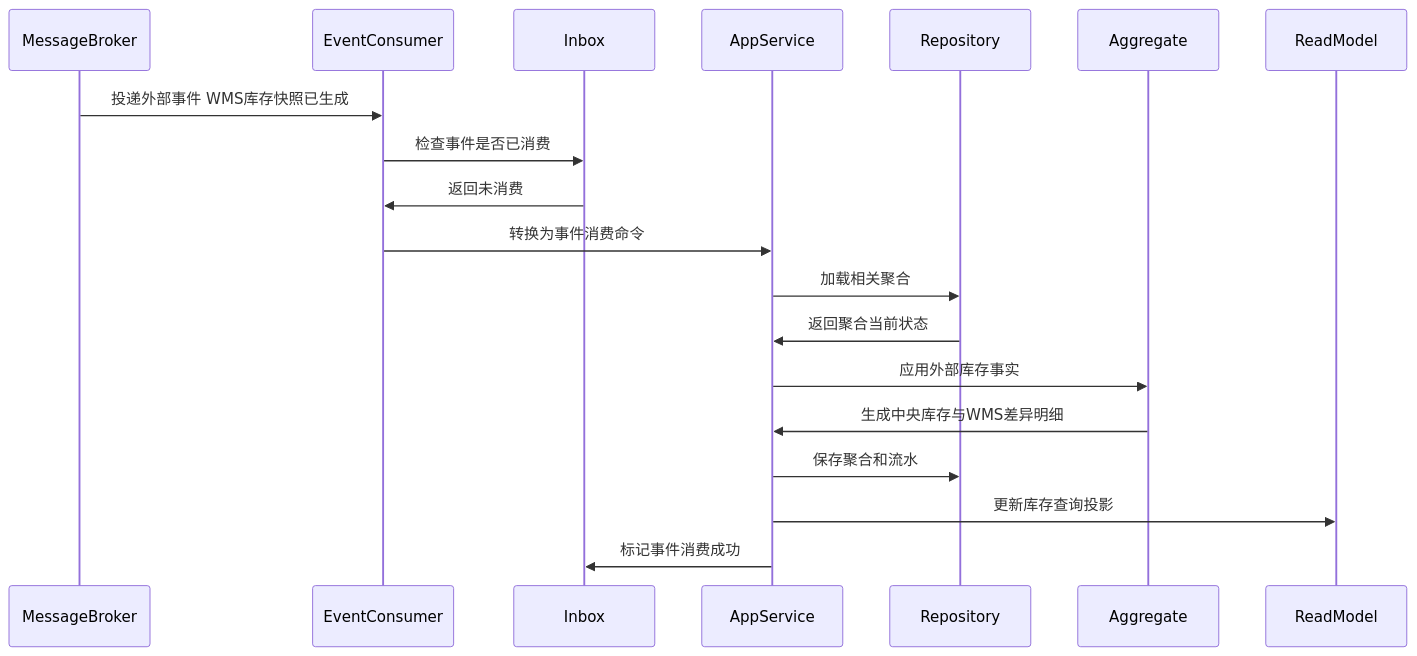
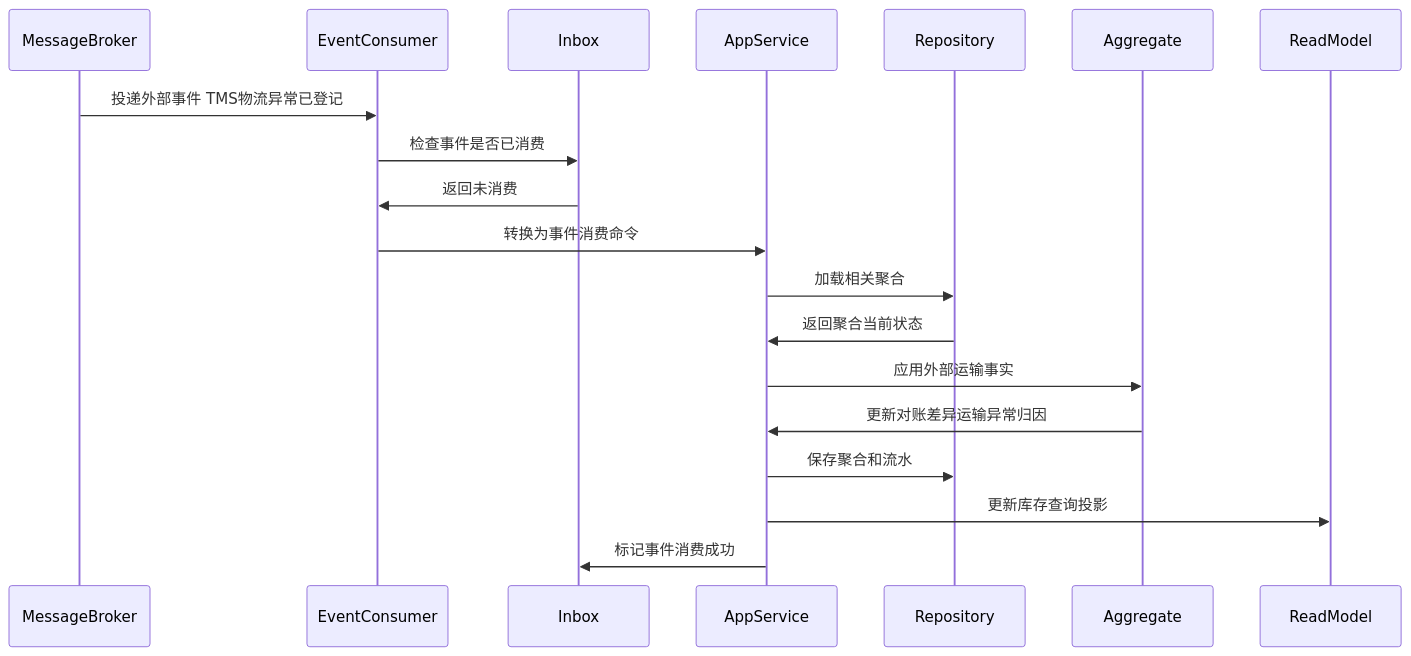
The fifth of 6 diagrams in docs/03-核心业务模型/04-中央库存领域模型/07-库存对账单聚合CQRS设计.md (chao1927/scm), drawn with Mermaid before and after one commit. The commit also changed other lines of this file and 118 other files, not shown here.

````diff
--- a/docs/03-核心业务模型/04-中央库存领域模型/07-库存对账单聚合CQRS设计.md
+++ b/docs/03-核心业务模型/04-中央库存领域模型/07-库存对账单聚合CQRS设计.md
@@ -233,22 +234,22 @@
 ```mermaid
 sequenceDiagram
     participant MessageBroker
     participant EventConsumer
     participant Inbox
     participant AppService
     participant Repository
     participant Aggregate
     participant ReadModel
 
-    MessageBroker->>EventConsumer: 投递外部事件 WMS库存快照已生成
+    MessageBroker->>EventConsumer: 投递外部事件 TMS物流异常已登记
     EventConsumer->>Inbox: 检查事件是否已消费
     Inbox->>EventConsumer: 返回未消费
     EventConsumer->>AppService: 转换为事件消费命令
     AppService->>Repository: 加载相关聚合
     Repository->>AppService: 返回聚合当前状态
-    AppService->>Aggregate: 应用外部库存事实
-    Aggregate->>AppService: 生成中央库存与WMS差异明细
+    AppService->>Aggregate: 应用外部运输事实
+    Aggregate->>AppService: 更新对账差异运输异常归因
     AppService->>Repository: 保存聚合和流水
     AppService->>ReadModel: 更新库存查询投影
     AppService->>Inbox: 标记事件消费成功
 ```
````
